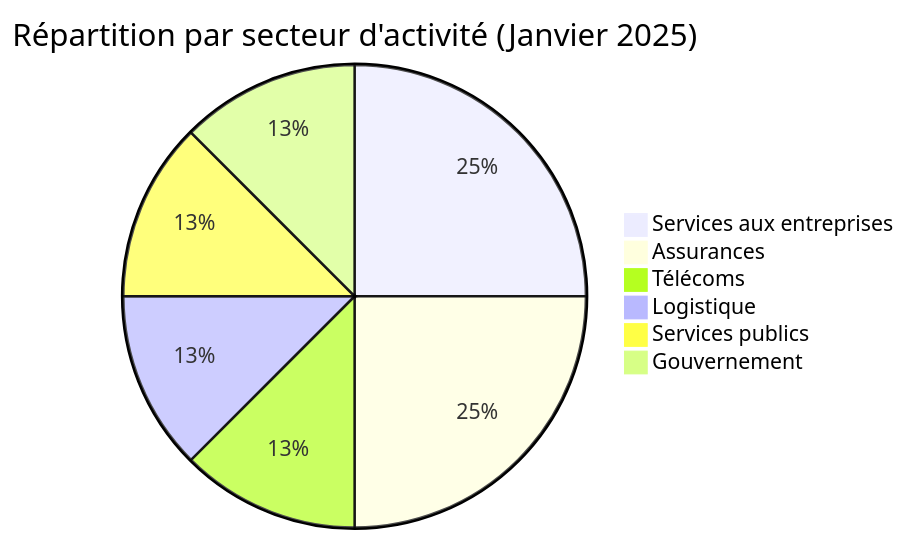
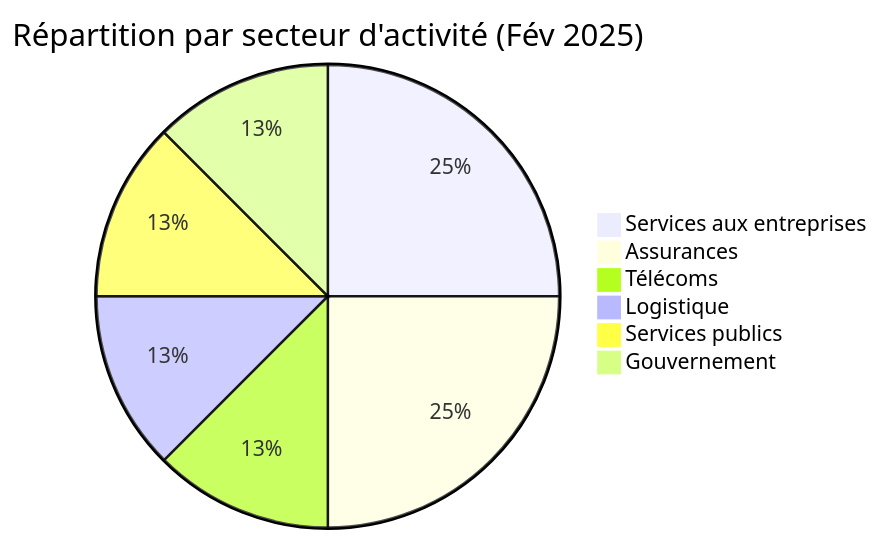
The second of 5 diagrams in reports/2025/02-february/README_FR.md (Hatchepsoute/AFRINTEL), drawn with Mermaid before and after one commit. The commit also changed other lines of this file and 3 other files, not shown here.

````diff
--- a/reports/2025/02-february/README_FR.md
+++ b/reports/2025/02-february/README_FR.md
@@ -52,9 +52,9 @@
 ```mermaid
-pie title Répartition par secteur d'activité (Janvier 2025)
+pie title Répartition par secteur d'activité (Fév 2025)
     "Services aux entreprises" : 2
     "Assurances" : 2
     "Télécoms" : 1
     "Logistique" : 1
     "Services publics" : 1
     "Gouvernement" : 1
 ```
````
